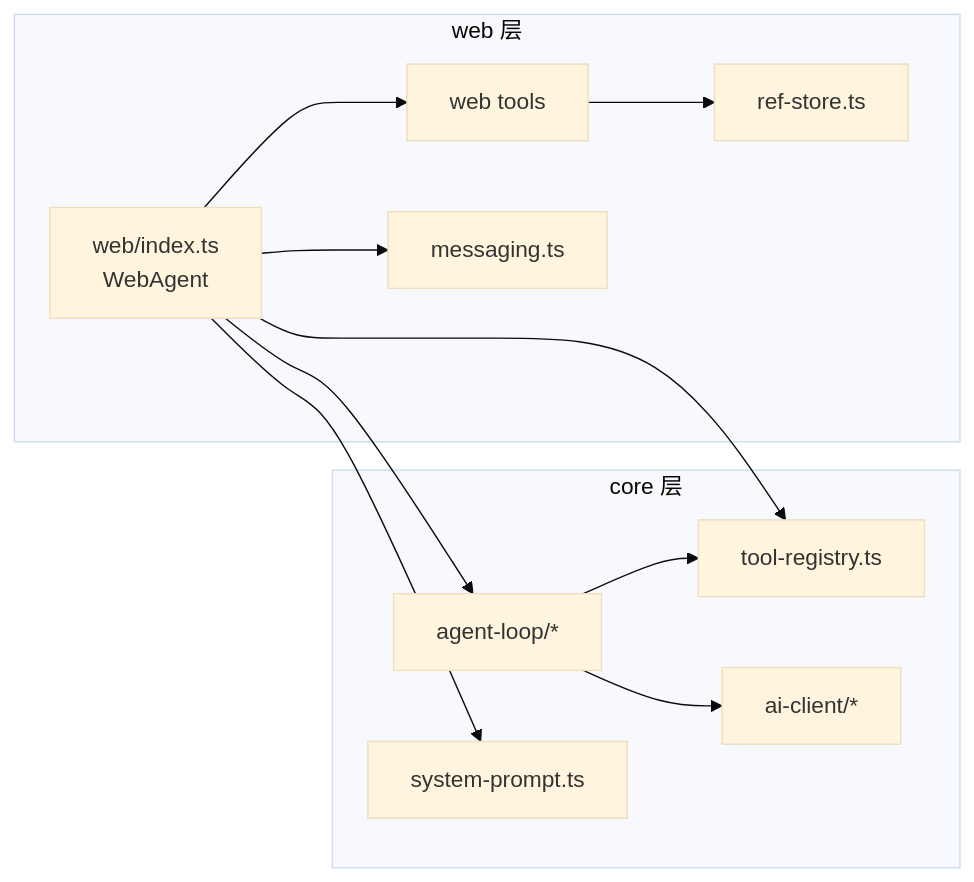
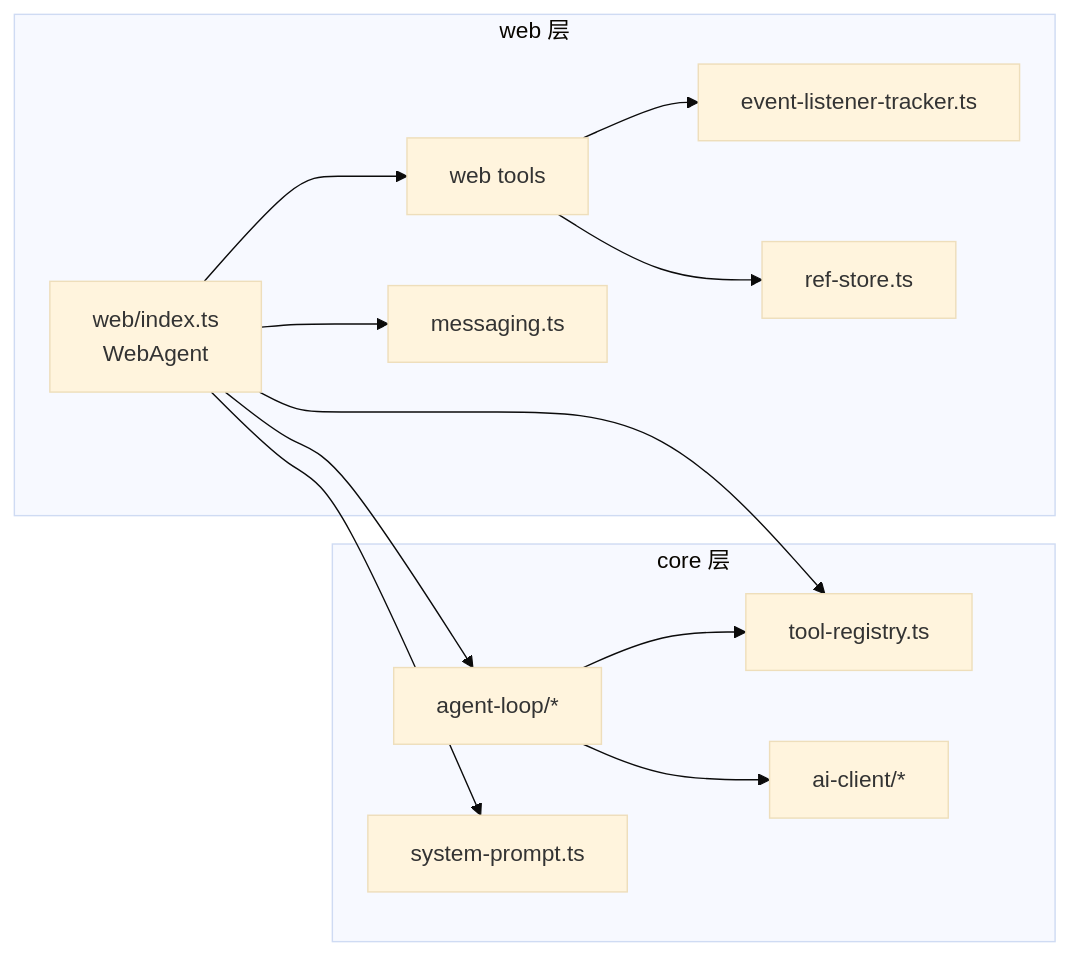
The second of 4 diagrams in README.md (wenps/agentpage), drawn with Mermaid (base theme) before and after one commit. The commit also changed other lines of this file and 9 other files, not shown here.

````diff
--- a/README.md
+++ b/README.md
@@ -1224,26 +1228,28 @@
 ```mermaid
 flowchart LR
   subgraph Web[web 层]
     WI[web/index.ts\nWebAgent]
     WT[web tools]
+    ELT[event-listener-tracker.ts]
     RS[ref-store.ts]
     MG[messaging.ts]
   end
 
   subgraph Core[core 层]
     AL[agent-loop/*]
     TR[tool-registry.ts]
     SP[system-prompt.ts]
     AI[ai-client/*]
   end
 
   WI --> AL
   WI --> TR
   WI --> SP
   WI --> WT
   WT --> RS
+  WT --> ELT
   WI --> MG
 
   AL --> AI
   AL --> TR
 ```
````
